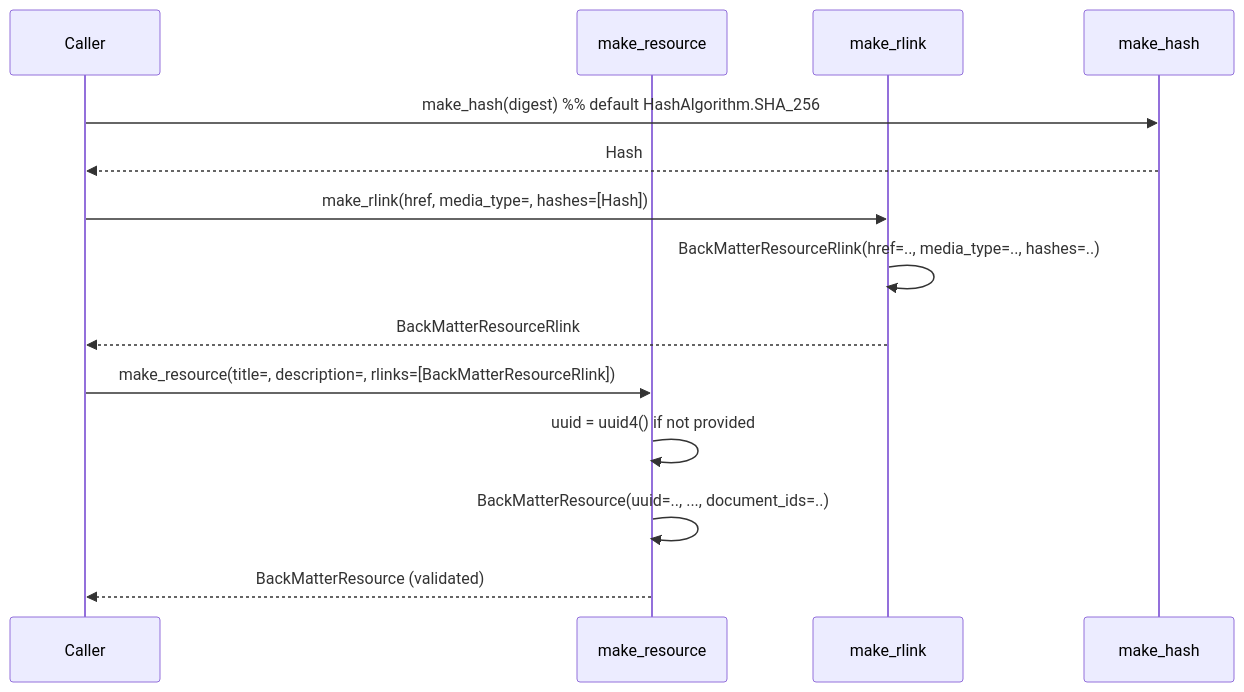
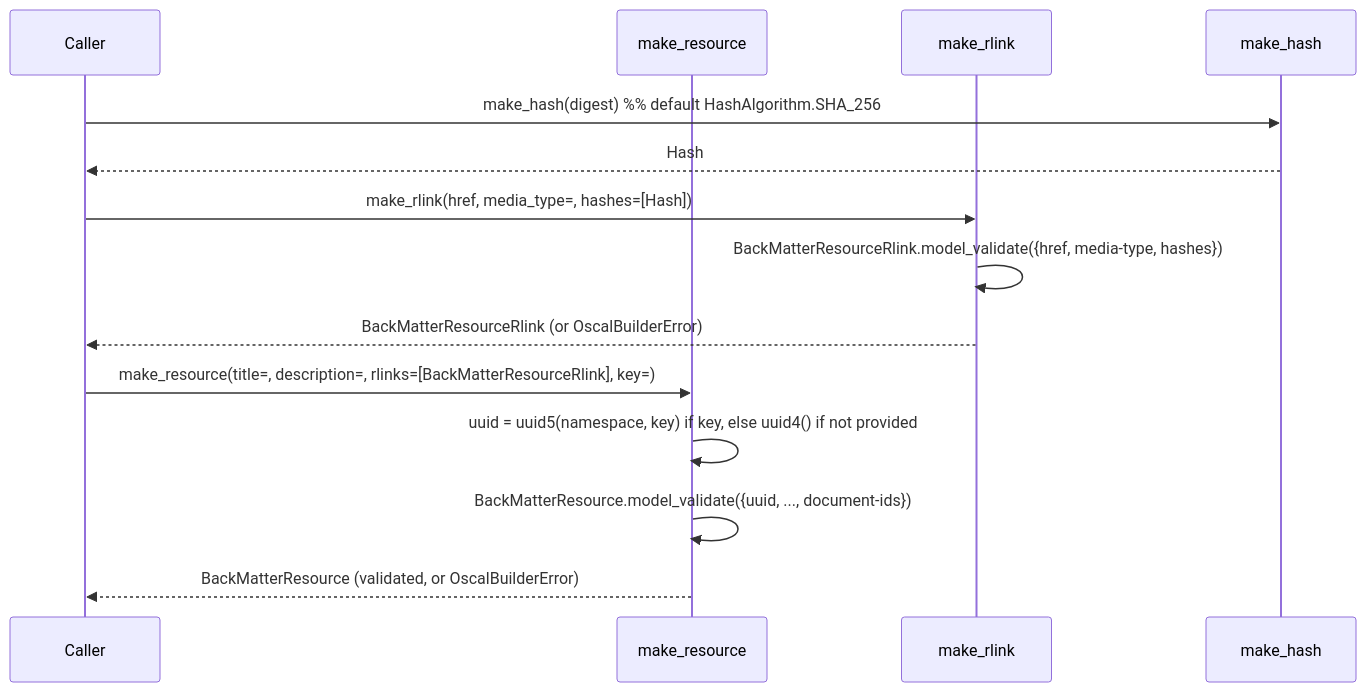
The fifth of 7 diagrams in .agents/summary/workflows.md (cairn-proofs/oscal-bindings-python), drawn with Mermaid before and after one commit. The commit also changed 21 other files, not shown here.

First line of the commit message:
feat!: add OscalBuilderError and a key for make_resource (#78)

````diff
--- a/.agents/summary/workflows.md
+++ b/.agents/summary/workflows.md
@@ -138,16 +138,16 @@
 ```mermaid
 sequenceDiagram
     participant C as Caller
     participant R as make_resource
     participant L as make_rlink
     participant H as make_hash
     C->>H: make_hash(digest)          %% default HashAlgorithm.SHA_256
     H-->>C: Hash
     C->>L: make_rlink(href, media_type=, hashes=[Hash])
-    L->>L: BackMatterResourceRlink(href=.., media_type=.., hashes=..)
-    L-->>C: BackMatterResourceRlink
-    C->>R: make_resource(title=, description=, rlinks=[BackMatterResourceRlink])
-    R->>R: uuid = uuid4() if not provided
-    R->>R: BackMatterResource(uuid=.., ..., document_ids=..)
-    R-->>C: BackMatterResource (validated)
+    L->>L: BackMatterResourceRlink.model_validate({href, media-type, hashes})
+    L-->>C: BackMatterResourceRlink (or OscalBuilderError)
+    C->>R: make_resource(title=, description=, rlinks=[BackMatterResourceRlink], key=)
+    R->>R: uuid = uuid5(namespace, key) if key, else uuid4() if not provided
+    R->>R: BackMatterResource.model_validate({uuid, ..., document-ids})
+    R-->>C: BackMatterResource (validated, or OscalBuilderError)
 ```
````
